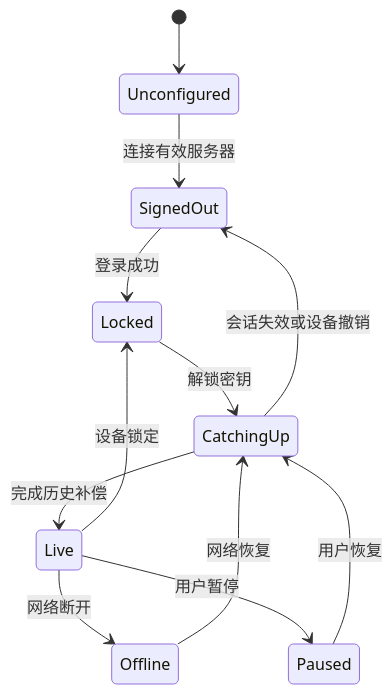
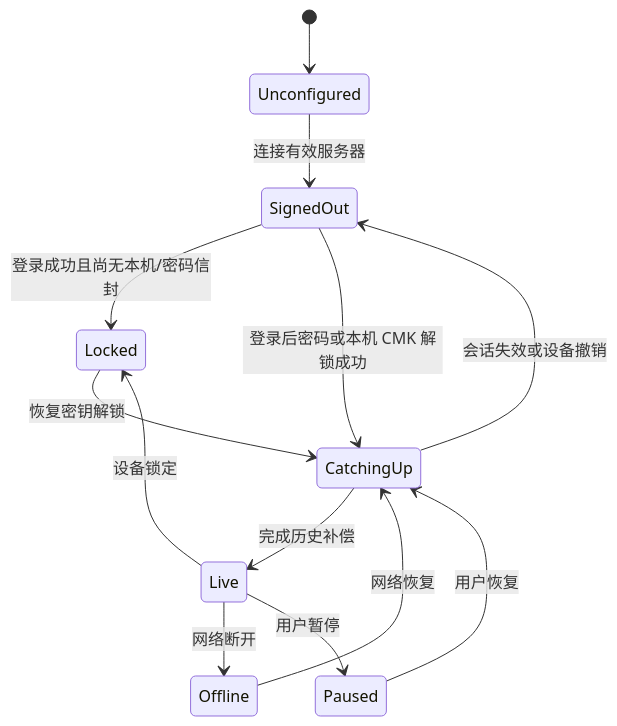
The diagram in docs/07-clients.md (F-Jayson/onlineclipboard), drawn with Mermaid before and after one commit. The commit also changed other lines of this file and 48 other files, not shown here.

````diff
--- a/docs/07-clients.md
+++ b/docs/07-clients.md
@@ -32,14 +32,15 @@
 ```mermaid
 stateDiagram-v2
     [*] --> Unconfigured
     Unconfigured --> SignedOut: 连接有效服务器
-    SignedOut --> Locked: 登录成功
-    Locked --> CatchingUp: 解锁密钥
+    SignedOut --> Locked: 登录成功且尚无本机/密码信封
+    SignedOut --> CatchingUp: 登录后密码或本机 CMK 解锁成功
+    Locked --> CatchingUp: 恢复密钥解锁
     CatchingUp --> Live: 完成历史补偿
     Live --> Offline: 网络断开
     Offline --> CatchingUp: 网络恢复
     Live --> Paused: 用户暂停
     Paused --> CatchingUp: 用户恢复
     Live --> Locked: 设备锁定
     CatchingUp --> SignedOut: 会话失效或设备撤销
 ```
````
